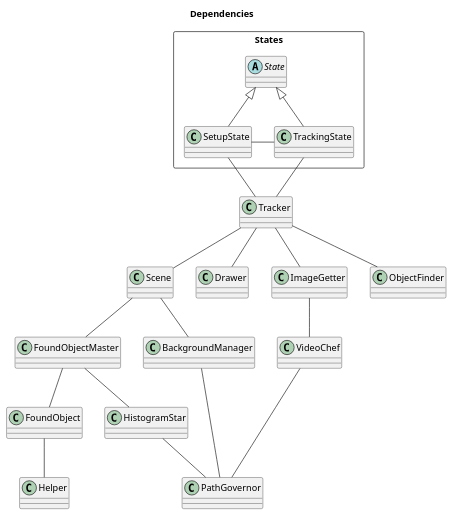
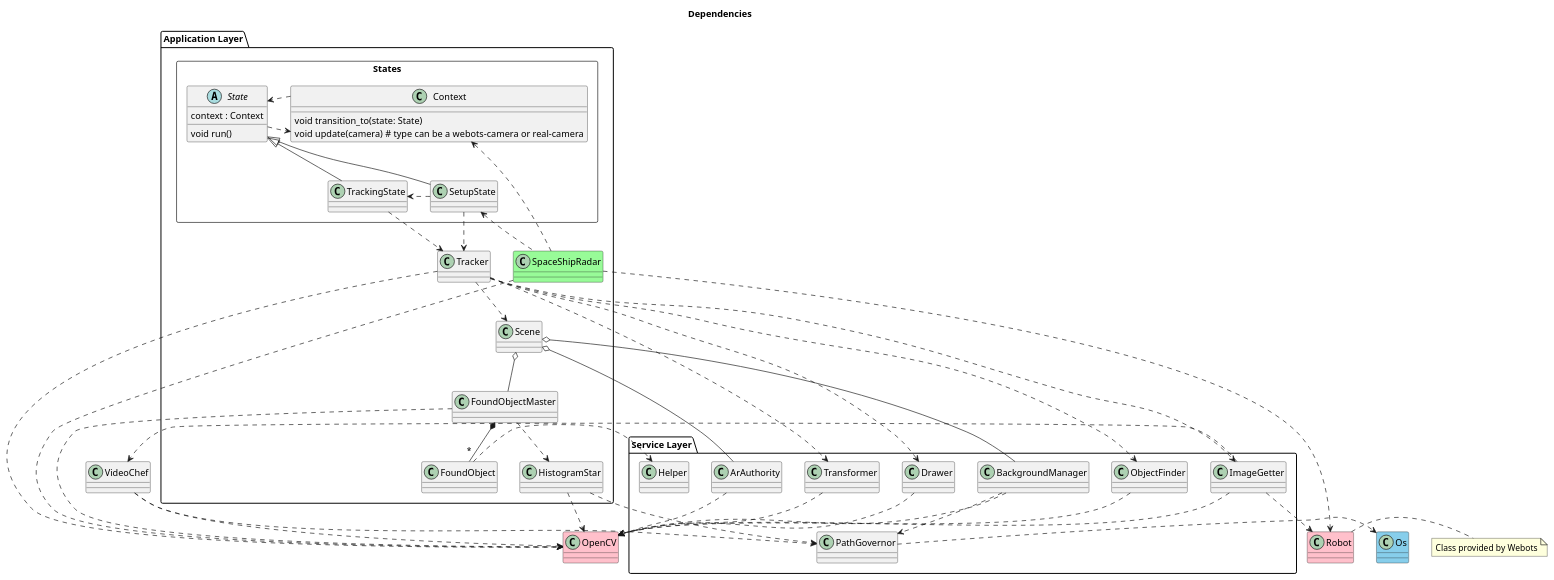
One commit to NewTec-GmbH/SpaceShipRadar changed the diagram in doc/uml/swarch.puml. Above: the diagram before and after it, drawn with PlantUML.

Commit message:
updated swarch

```diff
--- a/doc/uml/swarch.puml
+++ b/doc/uml/swarch.puml
@@ -1,57 +1,105 @@
 @startuml swarch
+' !pragma layout smetanas
+
 title Dependencies
 
-
-
-class Scene
-class Helper
-
-class FoundObject
-class FoundObjectMaster
-
-class Drawer
-class BackgroundManager
-class PathGovernor
-
-class VideoChef
-class ImageGetter
-class ObjectFinder
-class Tracker
-class HistogramStar
-
-package States <<rectangle>>{
-    abstract State
-    class SetupState 
-    class TrackingState
-    
+package "Application Layer" as AL {
+    package States <<rectangle>>{
+        abstract State {
+            context : Context
+            void run()
+        }
+        class SetupState 
+        class TrackingState
+        class Context {
+            void transition_to(state: State)
+            void update(camera) # type can be a webots-camera or real-camera
+        }
+    }
+    class Scene
+    class FoundObject
+    class FoundObjectMaster
+    class Tracker
+    class "SpaceShipRadar" #PaleGreen
+    class HistogramStar
 }
 
-Scene -- FoundObjectMaster
-Scene -- BackgroundManager
+package "Service Layer" as SL {
 
-FoundObject -- Helper
+    class BackgroundManager
+    class Helper
+    class Drawer
+    class PathGovernor
+    class ImageGetter
+    class ObjectFinder
 
-FoundObjectMaster -- FoundObject
-FoundObjectMaster -- HistogramStar
+    class ArAuthority
+    class Transformer
+}
 
-BackgroundManager -- PathGovernor
+    class VideoChef
+    class Os #SkyBlue
+    class "Robot" #pink
+    class OpenCV #pink
 
-ImageGetter -- VideoChef
+Scene o-- FoundObjectMaster
+Scene o-- BackgroundManager
+Scene o-- ArAuthority
 
-VideoChef -- PathGovernor
+FoundObject ..> Helper
 
-SetupState -- Tracker
-SetupState -right- TrackingState
+FoundObjectMaster *-- "*" FoundObject
+FoundObjectMaster ..> HistogramStar
+FoundObjectMaster ..> OpenCV
+
+Drawer ..> OpenCV
+
+BackgroundManager ..> PathGovernor
+BackgroundManager ..> OpenCV
+
+ImageGetter ..> VideoChef
+ImageGetter ..> OpenCV
+ImageGetter ..> Robot
+
+ObjectFinder ..> OpenCV
+
+PathGovernor .> Os
+
+VideoChef ..> PathGovernor
+VideoChef ..> OpenCV
+
+"State" .> Context
+Context .> "State"
+
+SetupState ..> Tracker
+SetupState .r.> TrackingState
 "State" <|-- SetupState
 
-TrackingState -- Tracker
+TrackingState ..> Tracker
 "State" <|-- TrackingState
 
-Tracker -- Scene
-Tracker -- ImageGetter
-Tracker -- ObjectFinder
-Tracker -- Drawer
+Tracker ..> Scene
+Tracker ..> ImageGetter
+Tracker ..> ObjectFinder
+Tracker ..> Drawer
+Tracker ..> OpenCV
+Tracker ..> Transformer
 
-HistogramStar -- PathGovernor
+HistogramStar ..> PathGovernor
+HistogramStar ..> OpenCV
+
+SpaceShipRadar ..> OpenCV
+SpaceShipRadar ..> Robot
+' SpaceShipRadar ..> ImageGetter
+SpaceShipRadar .> Context
+SpaceShipRadar .u.> SetupState
+
+ArAuthority ..> OpenCV
+
+Transformer ..> OpenCV
+
+note right of Robot
+Class provided by Webots
+end note
 
 @enduml
```
